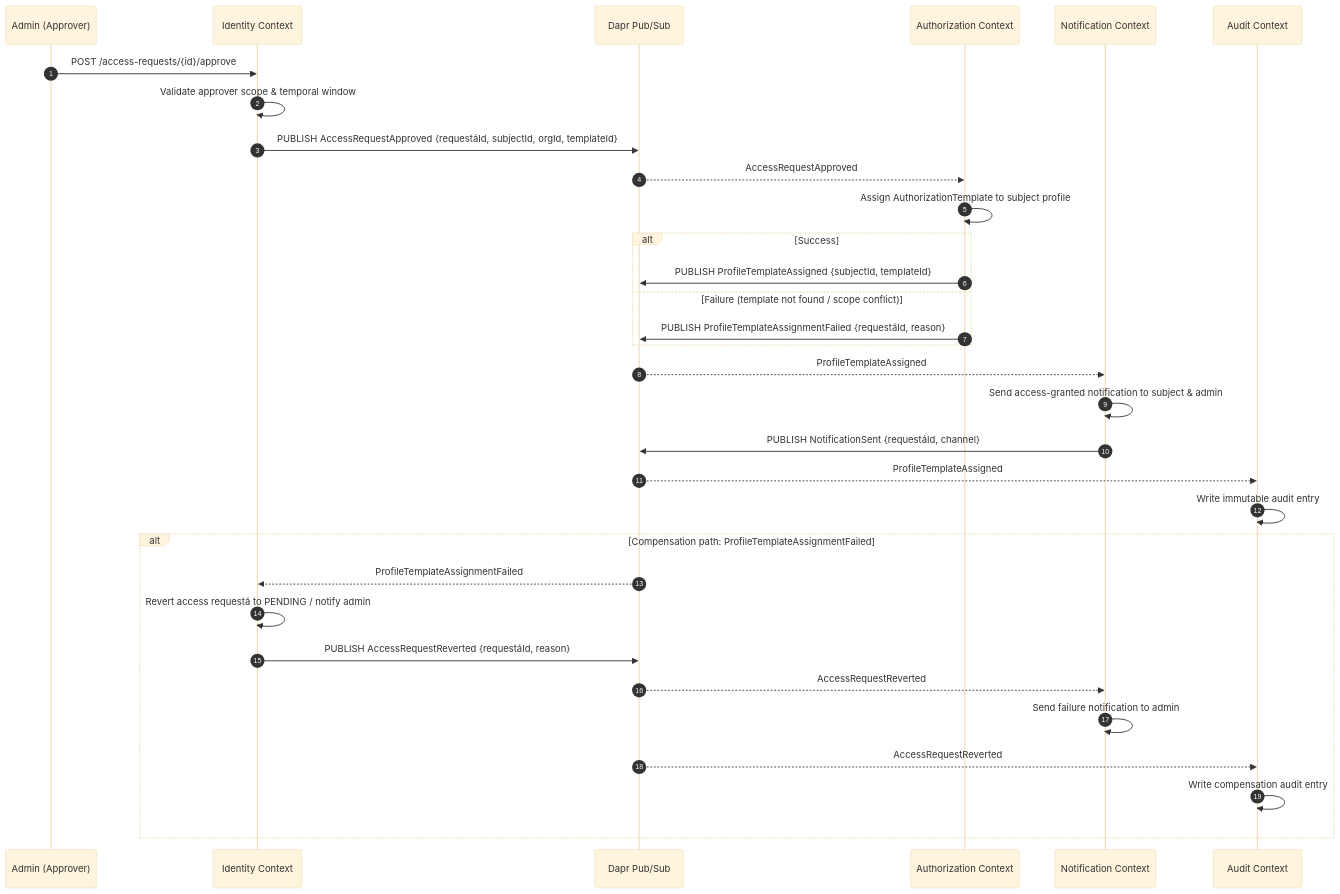
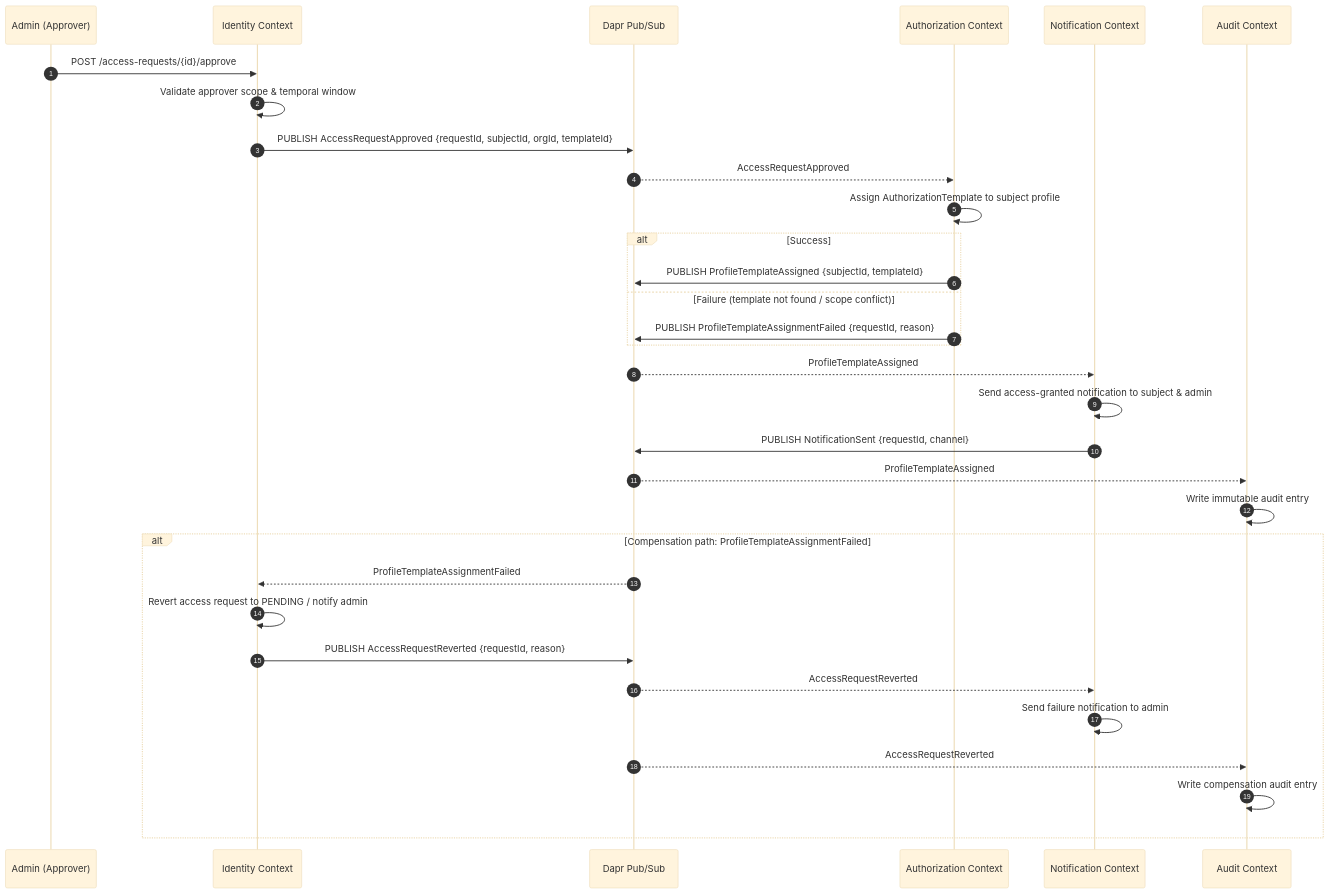
One commit to beyondnetcode/ums changed the first of 2 diagrams in architecture/blueprints/technical-enablers/te-05-distributed-saga-dapr.md. Above: the diagram before and after it, drawn with Mermaid (base theme). The commit also changed other lines of this file and 132 other files, not shown here.

Commit message:
docs: perform comprehensive localization and synchronization of architecture, governance, and operational documentation

````diff
--- a/architecture/blueprints/technical-enablers/te-05-distributed-saga-dapr.md
+++ b/architecture/blueprints/technical-enablers/te-05-distributed-saga-dapr.md
@@ -30,39 +30,39 @@
 ```mermaid
 sequenceDiagram
     autonumber
     participant Approver as Admin (Approver)
     participant Identity as Identity Context
     participant Dapr as Dapr Pub/Sub
     participant Auth as Authorization Context
     participant Notif as Notification Context
     participant Audit as Audit Context
 
     Approver->>Identity: POST /access-requests/{id}/approve
     Identity->>Identity: Validate approver scope & temporal window
-    Identity->>Dapr: PUBLISH AccessRequestApproved {requestáId, subjectId, orgId, templateId}
+    Identity->>Dapr: PUBLISH AccessRequestApproved {requestId, subjectId, orgId, templateId}
 
     Dapr-->>Auth: AccessRequestApproved
     Auth->>Auth: Assign AuthorizationTemplate to subject profile
     alt Success
         Auth->>Dapr: PUBLISH ProfileTemplateAssigned {subjectId, templateId}
     else Failure (template not found / scope conflict)
-        Auth->>Dapr: PUBLISH ProfileTemplateAssignmentFailed {requestáId, reason}
+        Auth->>Dapr: PUBLISH ProfileTemplateAssignmentFailed {requestId, reason}
     end
 
     Dapr-->>Notif: ProfileTemplateAssigned
     Notif->>Notif: Send access-granted notification to subject & admin
-    Notif->>Dapr: PUBLISH NotificationSent {requestáId, channel}
+    Notif->>Dapr: PUBLISH NotificationSent {requestId, channel}
 
     Dapr-->>Audit: ProfileTemplateAssigned
     Audit->>Audit: Write immutable audit entry
 
     alt Compensation path: ProfileTemplateAssignmentFailed
         Dapr-->>Identity: ProfileTemplateAssignmentFailed
-        Identity->>Identity: Revert access requestá to PENDING / notify admin
-        Identity->>Dapr: PUBLISH AccessRequestReverted {requestáId, reason}
+        Identity->>Identity: Revert access request to PENDING / notify admin
+        Identity->>Dapr: PUBLISH AccessRequestReverted {requestId, reason}
         Dapr-->>Notif: AccessRequestReverted
         Notif->>Notif: Send failure notification to admin
         Dapr-->>Audit: AccessRequestReverted
         Audit->>Audit: Write compensation audit entry
     end
 ```
````
